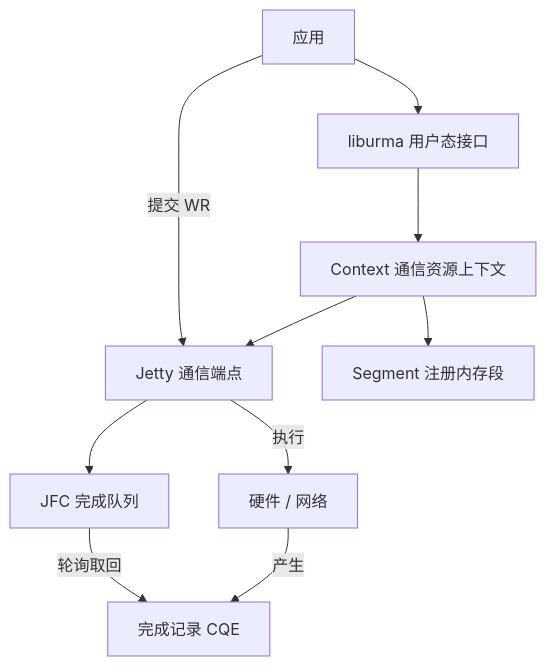
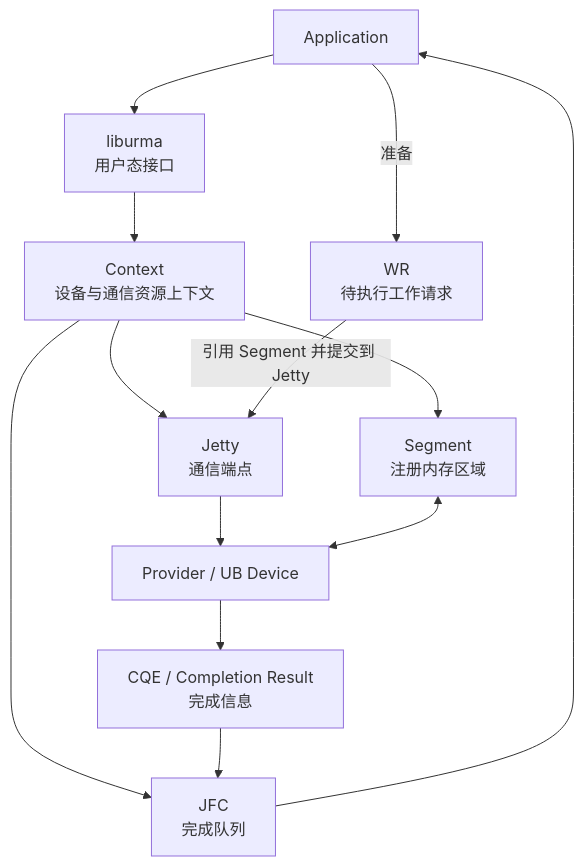
The tenth of 13 diagrams in share/dragonfly-urma-basic-sharing.md (YIYUANYUAN1116/engineering-lab), drawn with Mermaid before and after one commit. The commit also changed other lines of this file and 1 other file, not shown here.

````diff
--- a/share/dragonfly-urma-basic-sharing.md
+++ b/share/dragonfly-urma-basic-sharing.md
@@ -391,12 +472,22 @@
-```mermaid
+~~~mermaid
 flowchart TB
-    App[应用] --> Lib[liburma 用户态接口]
-    Lib --> Ctx[Context 通信资源上下文]
-    Ctx --> Jetty[Jetty 通信端点]
-    Ctx --> Seg[Segment 注册内存段]
-    Jetty --> JFC[JFC 完成队列]
-    App -->|提交 WR| Jetty
-    Jetty -->|执行| HW[硬件 / 网络]
-    HW -->|产生| CQE[完成记录 CQE]
-    JFC -->|轮询取回| CQE
-```
+    A[Application]
+    L[liburma<br/>用户态接口]
+    C[Context<br/>设备与通信资源上下文]
+    J[Jetty<br/>通信端点]
+    JFC[JFC<br/>完成队列]
+    SEG[Segment<br/>注册内存区域]
+    WR[WR<br/>待执行工作请求]
+    DEV[Provider / UB Device]
+    CQE[CQE / Completion Result<br/>完成信息]
+
+    A --> L --> C
+    C --> J
+    C --> JFC
+    C --> SEG
+    A -->|准备| WR
+    WR -->|引用 Segment 并提交到 Jetty| J
+    J --> DEV
+    SEG <--> DEV
+    DEV --> CQE --> JFC --> A
+~~~
````
